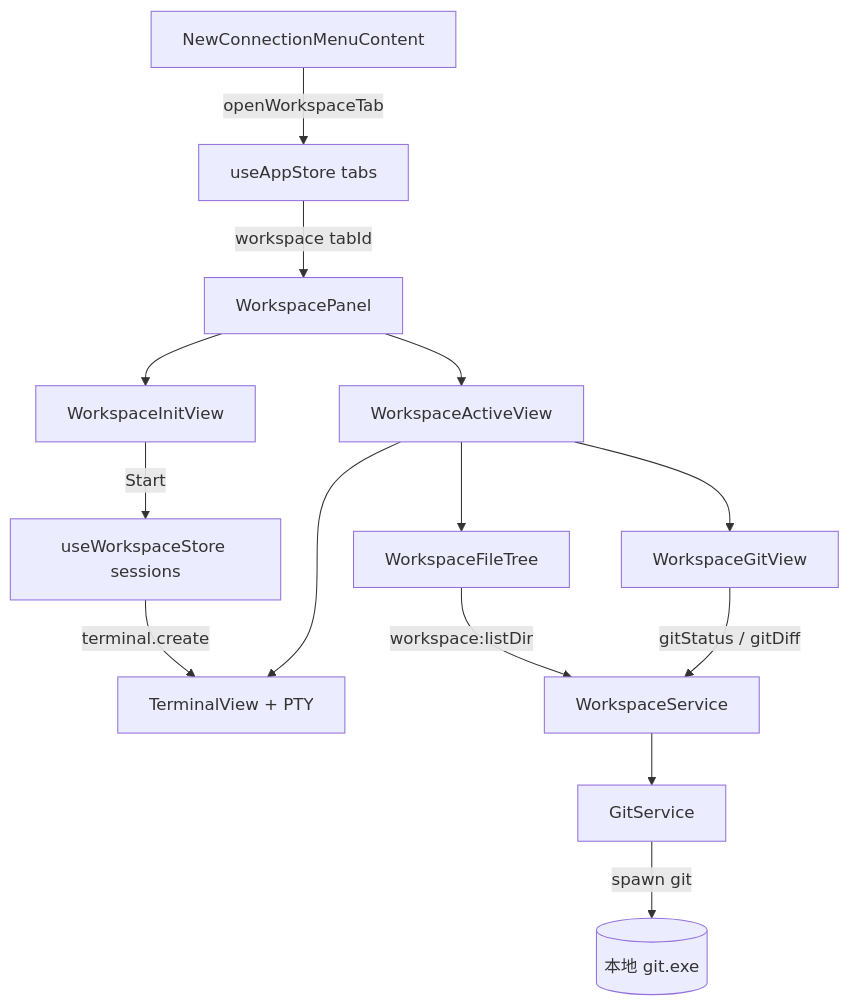
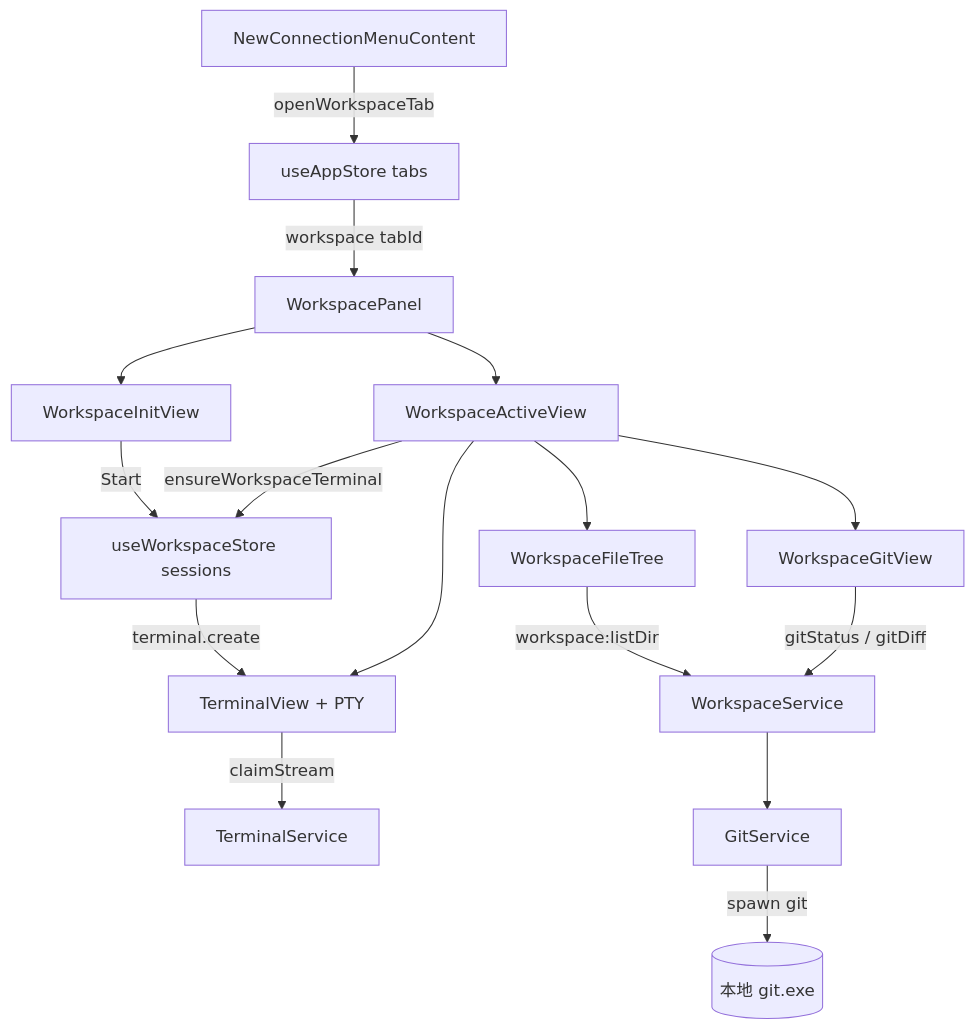
One commit to Landers1037/NioZy changed the first of 4 diagrams in docs/功能工作区.md. Above: the diagram before and after it, drawn with Mermaid. The commit also changed other lines of this file and 1 other file, not shown here.

````diff
--- a/docs/功能工作区.md
+++ b/docs/功能工作区.md
@@ -30,28 +34,30 @@
 ```mermaid
 flowchart TB
   ConnMenu["NewConnectionMenuContent"]
   AppStore["useAppStore tabs"]
   WsStore["useWorkspaceStore sessions"]
   Panel["WorkspacePanel"]
   Init["WorkspaceInitView"]
   Active["WorkspaceActiveView"]
   Term["TerminalView + PTY"]
   Tree["WorkspaceFileTree"]
   GitView["WorkspaceGitView"]
   WsSvc["WorkspaceService"]
   GitSvc["GitService"]
 
   ConnMenu -->|openWorkspaceTab| AppStore
   AppStore -->|workspace tabId| Panel
   Panel --> Init
   Panel --> Active
   Init -->|Start| WsStore
+  Active -->|ensureWorkspaceTerminal| WsStore
   WsStore -->|terminal.create| Term
   Active --> Term
   Active --> Tree
   Active --> GitView
   Tree -->|workspace:listDir| WsSvc
   GitView -->|gitStatus / gitDiff| WsSvc
   WsSvc --> GitSvc
   GitSvc -->|spawn git| OS[("本地 git.exe")]
+  Term -->|claimStream| TermSvc["TerminalService"]
 ```
````
